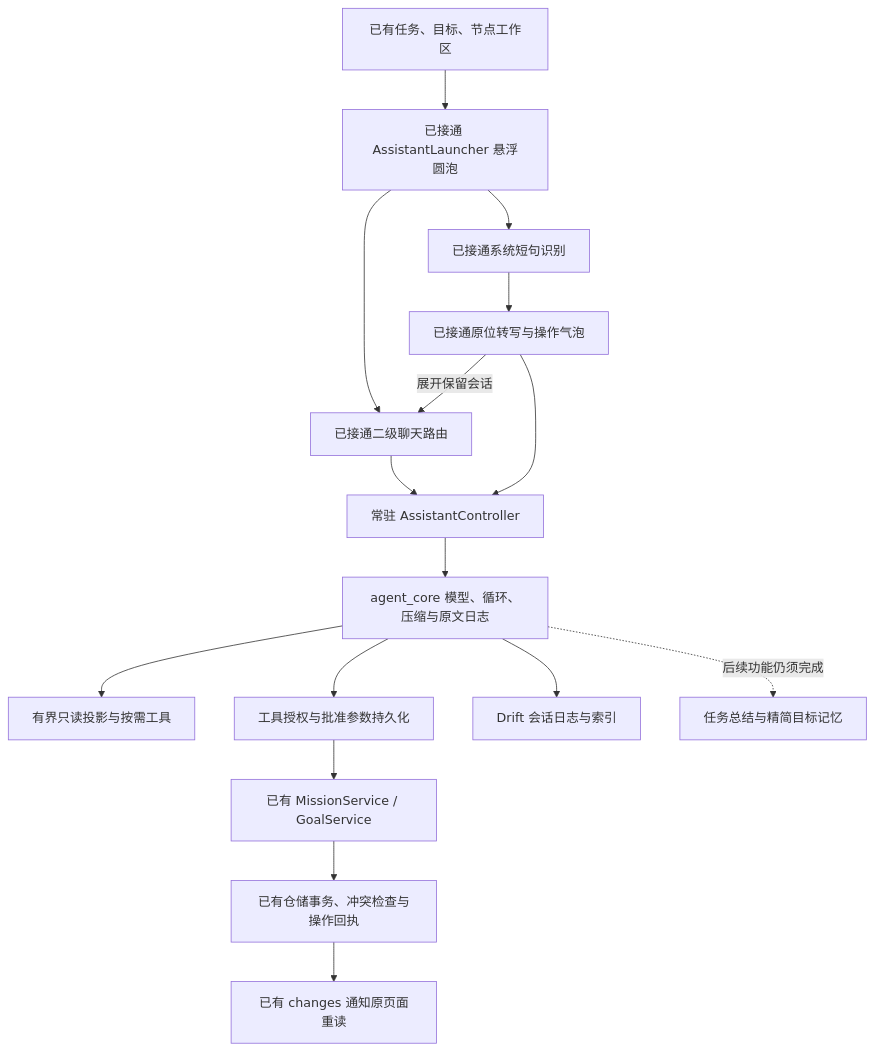
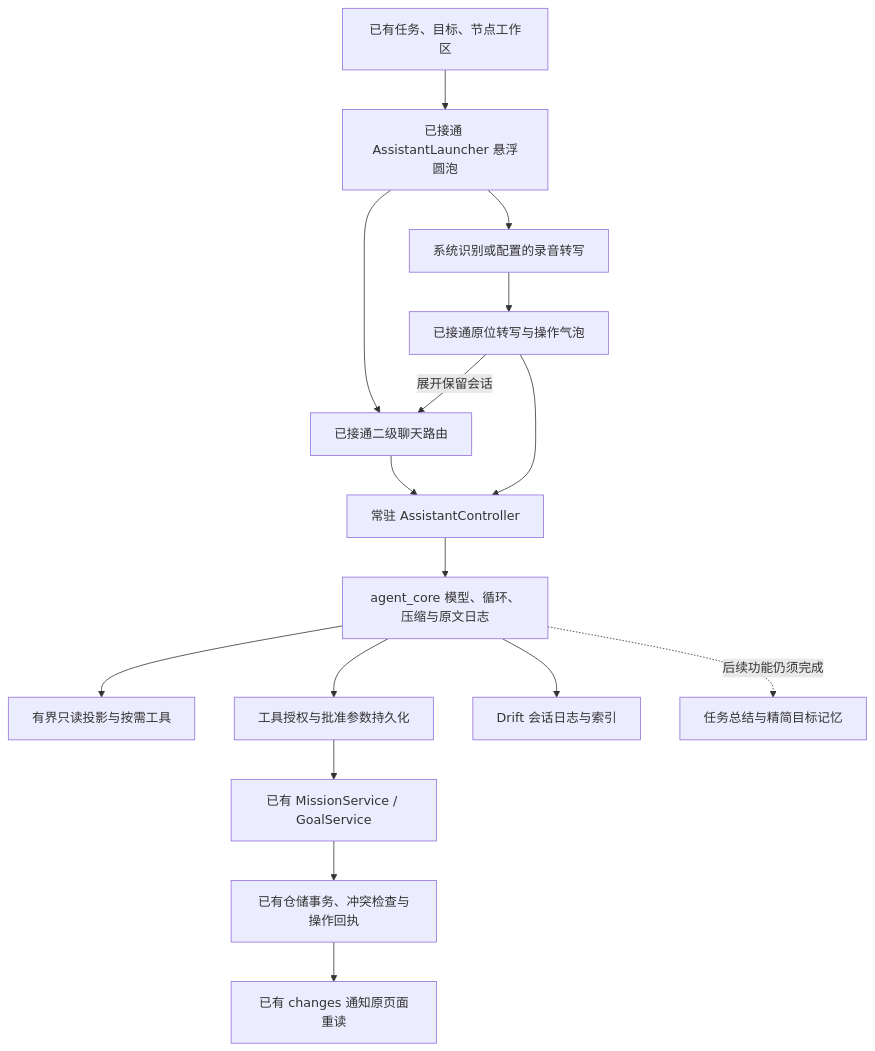
Before and after one commit to Liuxin4950/MissionBook: the second of 2 diagrams in docs/设计/助手实现与验收.md, drawn with Mermaid. The commit also changed other lines of this file and 102 other files, not shown here.

````diff
--- a/docs/设计/助手实现与验收.md
+++ b/docs/设计/助手实现与验收.md
@@ -15,18 +54,18 @@
 ```mermaid
 flowchart TD
     Page[已有任务、目标、节点工作区] --> Entry[已接通 AssistantLauncher 悬浮圆泡]
-    Entry --> Speech[已接通系统短句识别]
+    Entry --> Speech[系统识别或配置的录音转写]
     Speech --> Bubble[已接通原位转写与操作气泡]
     Entry --> Chat[已接通二级聊天路由]
     Bubble -->|展开保留会话| Chat
     Chat --> Controller[常驻 AssistantController]
     Bubble --> Controller
     Controller --> Core[agent_core 模型、循环、压缩与原文日志]
     Core --> Reads[有界只读投影与按需工具]
     Core --> Approval[工具授权与批准参数持久化]
     Approval --> Services[已有 MissionService / GoalService]
     Services --> Transactions[已有仓储事务、冲突检查与操作回执]
     Transactions --> Refresh[已有 changes 通知原页面重读]
     Core --> Sessions[Drift 会话日志与索引]
     Core -.后续功能仍须完成.-> Memory[任务总结与精简目标记忆]
 ```
````
